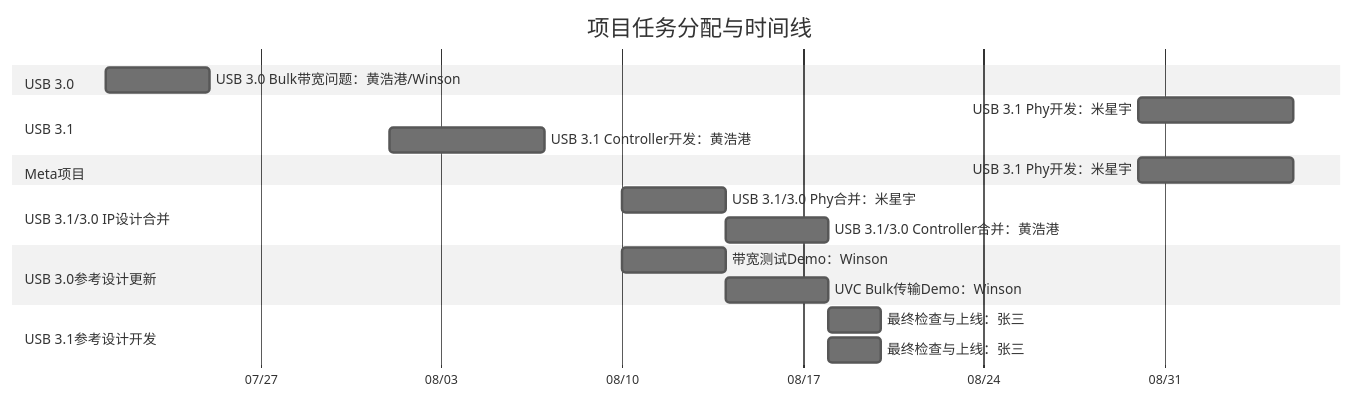
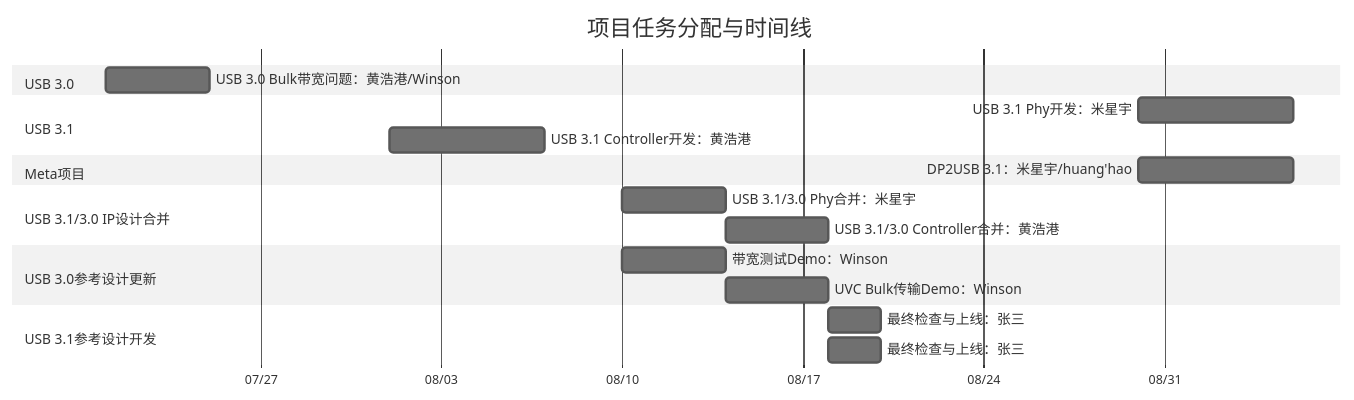
One commit to winsonbook/iodraw-files changed the diagram in all/未命名.md. Above: the diagram before and after it, drawn with Mermaid (neutral theme).

Commit message:
2025-07-21 10:03:13 update

````diff
--- a/all/未命名.md
+++ b/all/未命名.md
@@ -1,31 +1,31 @@
 ```mermaid
 gantt
     title 项目任务分配与时间线
     dateFormat  YYYY-MM-DD
     axisFormat  %m/%d
 
     section USB 3.0
     USB 3.0 Bulk带宽问题：黄浩港/Winson   :    task1, 2025-07-21, 4d
 
     section USB 3.1
     USB 3.1 Phy开发：米星宇      :         task3, 2025-08-30, 6d
     USB 3.1 Controller开发：黄浩港      :  task4, 2025-08-01, 6d
 
     section Meta项目
-    USB 3.1 Phy开发：米星宇      :         task3, 2025-08-30, 6d
+    DP2USB 3.1：米星宇/huang'hao      :         task3, 2025-08-30, 6d
 
     section USB 3.1/3.0 IP设计合并
     USB 3.1/3.0 Phy合并：米星宇       :         task6, 2025-08-10, 4d
     USB 3.1/3.0 Controller合并：黄浩港       :         task7, 2025-08-14, 4d
 
     section USB 3.0参考设计更新
     带宽测试Demo：Winson       :         task6, 2025-08-10, 4d
     UVC Bulk传输Demo：Winson   :         task7, 2025-08-14, 4d
 
     section USB 3.1参考设计开发
     最终检查与上线：张三 :         task8, 2025-08-18, 2d
 
     section USB 3.1参考设计开发
     最终检查与上线：张三 :         task8, 2025-08-18, 2d
 
 ```
````
